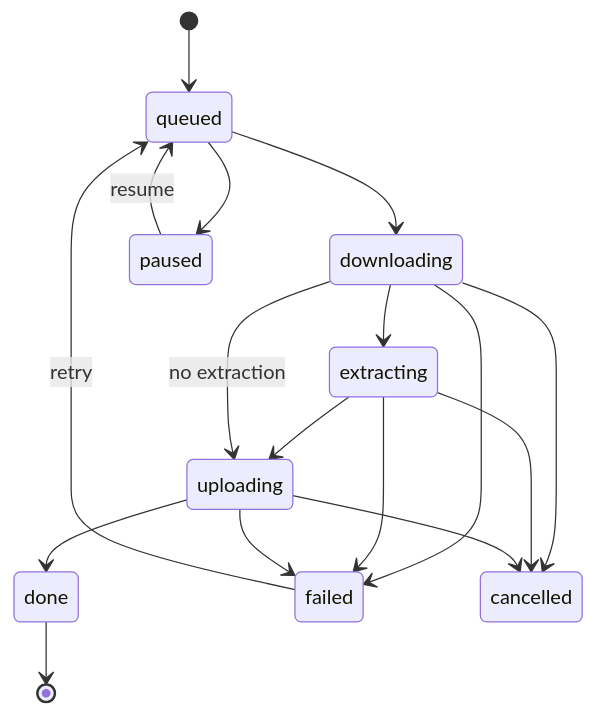
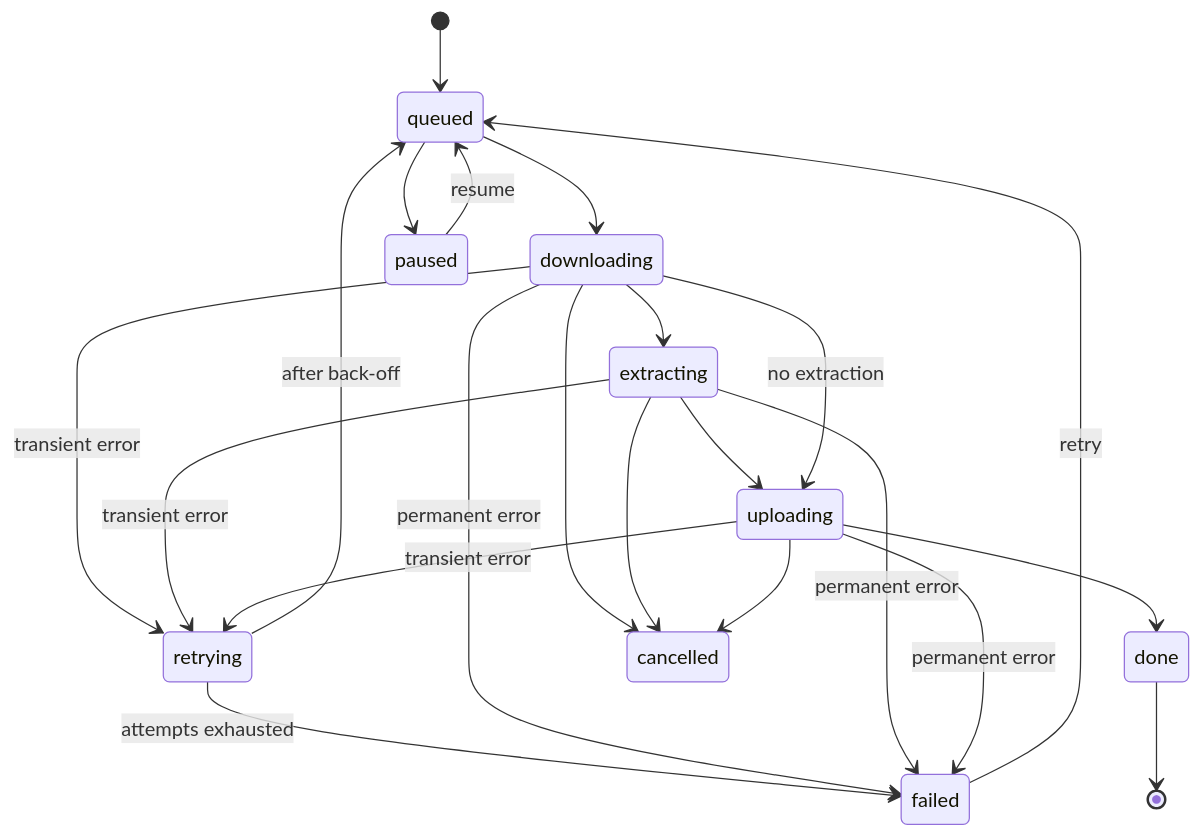
The third of 3 diagrams in SYSTEM_DESIGN.md (92EPk/LectureSync), drawn with Mermaid before and after one commit. The commit also changed other lines of this file and 12 other files, not shown here.

````diff
--- a/SYSTEM_DESIGN.md
+++ b/SYSTEM_DESIGN.md
@@ -105,19 +105,24 @@
 ```mermaid
 stateDiagram-v2
     [*] --> queued
     queued --> downloading
     downloading --> extracting
     extracting --> uploading
     downloading --> uploading: no extraction
     uploading --> done
-    downloading --> failed
-    extracting --> failed
-    uploading --> failed
+    downloading --> retrying: transient error
+    extracting --> retrying: transient error
+    uploading --> retrying: transient error
+    retrying --> queued: after back-off
+    retrying --> failed: attempts exhausted
+    downloading --> failed: permanent error
+    extracting --> failed: permanent error
+    uploading --> failed: permanent error
     failed --> queued: retry
     queued --> paused
     paused --> queued: resume
     downloading --> cancelled
     extracting --> cancelled
     uploading --> cancelled
     done --> [*]
 ```
````
